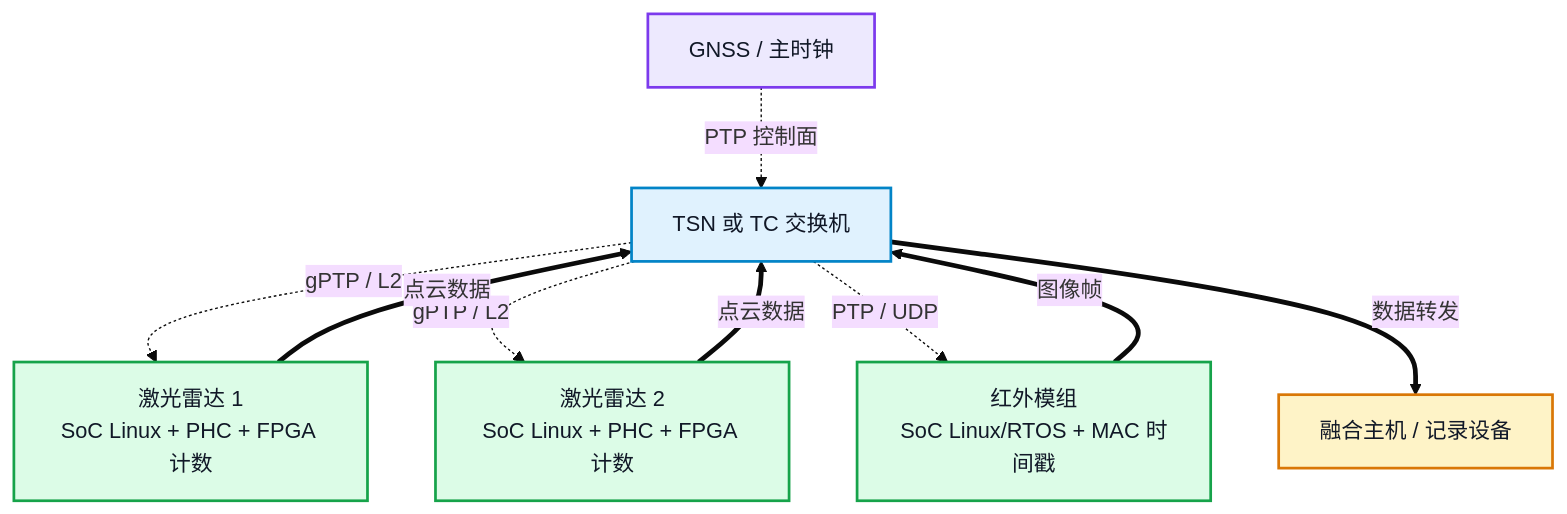
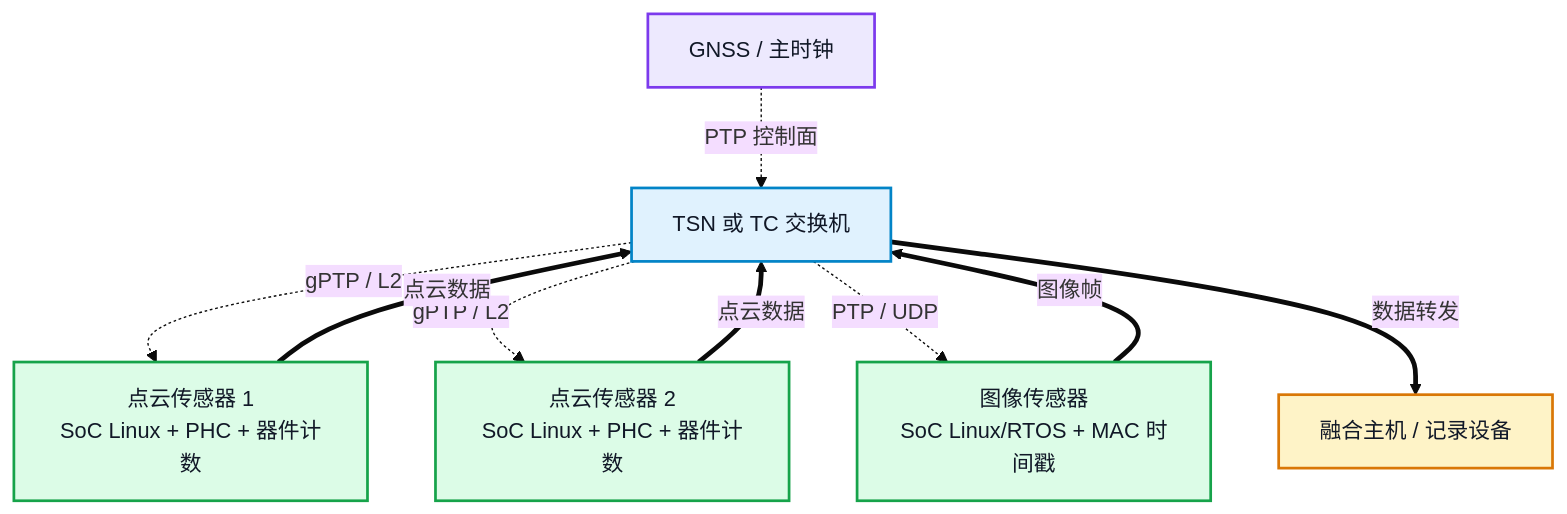
The fifth of 5 diagrams in content/posts/architecture/ptp_network_module_design.md (DeguiLiu/tech-notes), drawn with Mermaid (base theme) before and after one commit. The commit also changed other lines of this file and 2 other files, not shown here.

````diff
--- a/content/posts/architecture/ptp_network_module_design.md
+++ b/content/posts/architecture/ptp_network_module_design.md
@@ -537,27 +537,27 @@
 ```mermaid
 flowchart TB
     GM["GNSS / 主时钟"]
     SW["TSN 或 TC 交换机"]
-    L1["激光雷达 1<br/>SoC Linux + PHC + FPGA 计数"]
-    L2["激光雷达 2<br/>SoC Linux + PHC + FPGA 计数"]
-    IR["红外模组<br/>SoC Linux/RTOS + MAC 时间戳"]
+    L1["点云传感器 1<br/>SoC Linux + PHC + 器件计数"]
+    L2["点云传感器 2<br/>SoC Linux + PHC + 器件计数"]
+    IR["图像传感器<br/>SoC Linux/RTOS + MAC 时间戳"]
     HOST["融合主机 / 记录设备"]
 
     GM -.->|"PTP 控制面"| SW
     SW -.->|"gPTP / L2"| L1
     SW -.->|"gPTP / L2"| L2
     SW -.->|"PTP / UDP"| IR
     L1 ==>|"点云数据"| SW
     L2 ==>|"点云数据"| SW
     IR ==>|"图像帧"| SW
     SW ==>|"数据转发"| HOST
 
     classDef master fill:#ede9fe,stroke:#7c3aed,stroke-width:2px,color:#111827
     classDef net fill:#e0f2fe,stroke:#0284c7,stroke-width:2px,color:#111827
     classDef sensor fill:#dcfce7,stroke:#16a34a,stroke-width:2px,color:#111827
     classDef host fill:#fef3c7,stroke:#d97706,stroke-width:2px,color:#111827
     class GM master
     class SW net
     class L1,L2,IR sensor
     class HOST host
 ```
````
